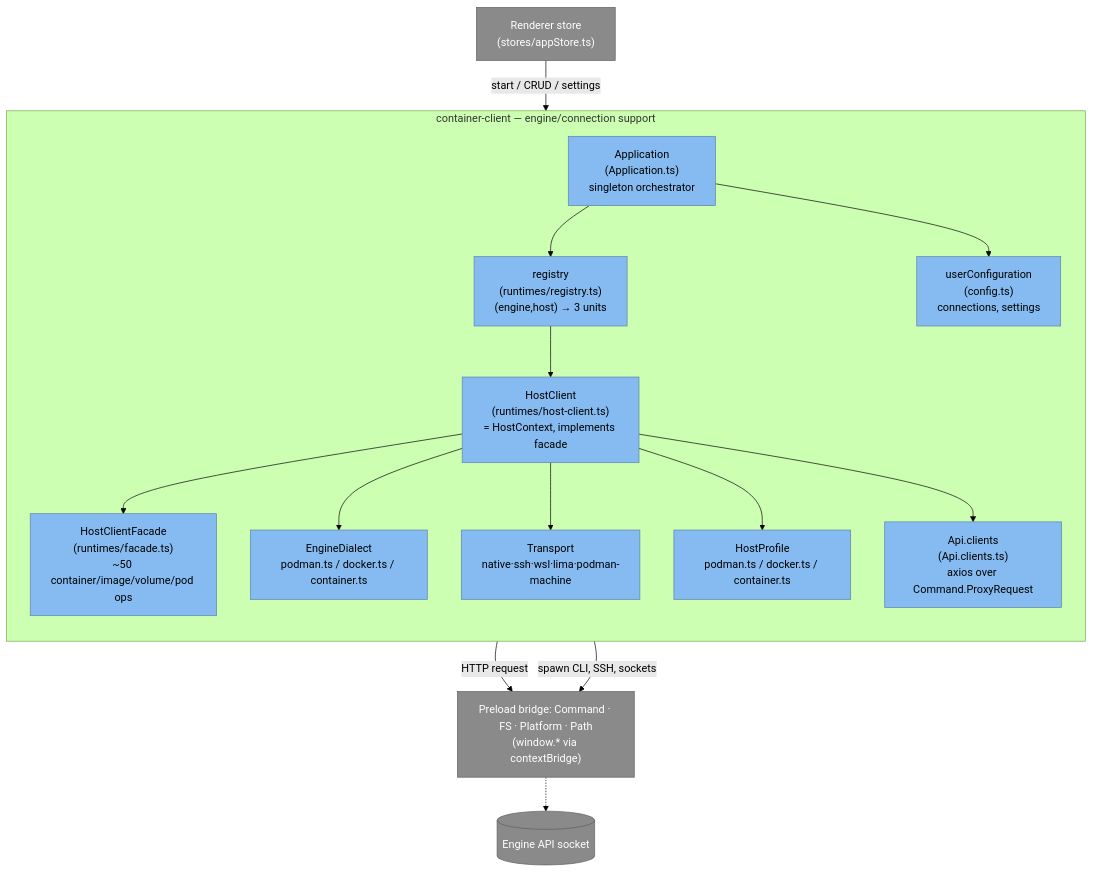
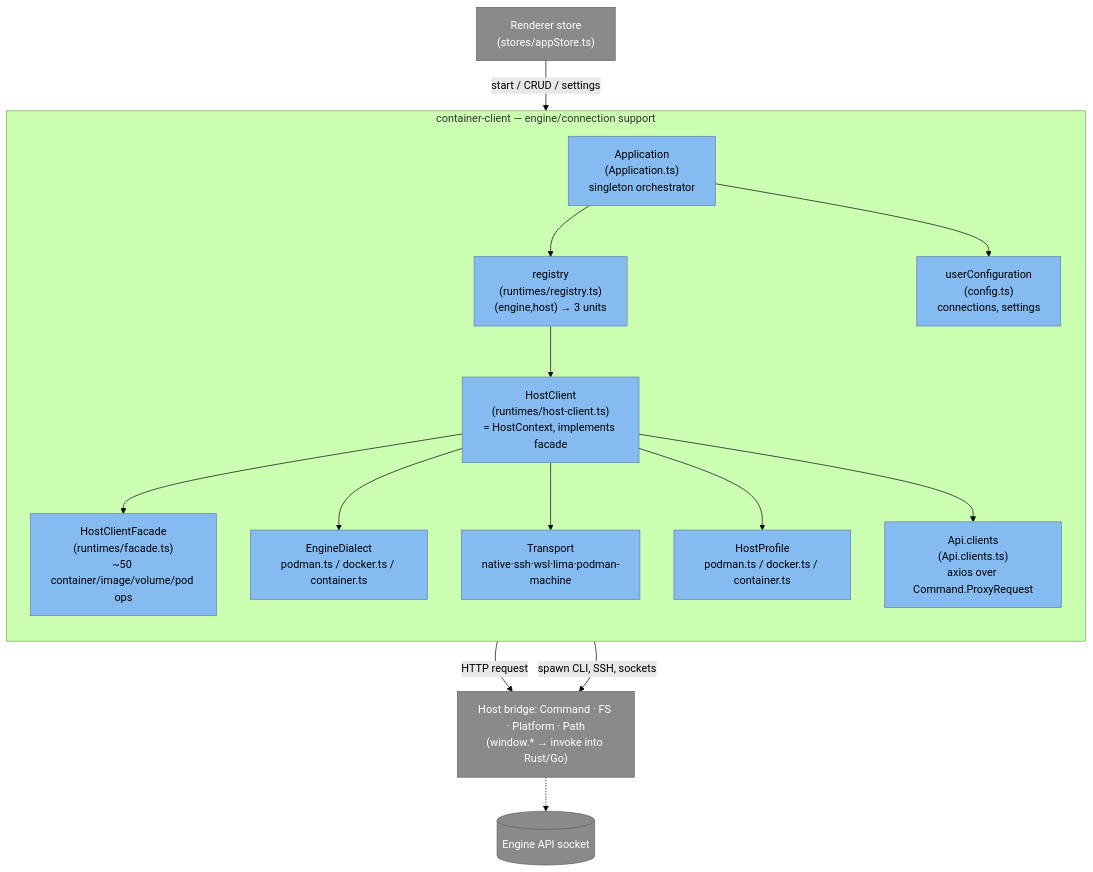
The diagram in docs/architecture/backend.md (iongion/container-desktop), drawn with Mermaid (forest theme) before and after one commit. The commit also changed other lines of this file and 1901 other files, not shown here.

````diff
--- a/docs/architecture/backend.md
+++ b/docs/architecture/backend.md
@@ -31,37 +31,37 @@
 ```mermaid
 flowchart TB
   appStore["Renderer store<br/>(stores/appStore.ts)"]:::external
 
   subgraph backend[container-client — engine/connection support]
     direction TB
     app["Application<br/>(Application.ts)<br/>singleton orchestrator"]:::component
     reg["registry<br/>(runtimes/registry.ts)<br/>(engine,host) → 3 units"]:::component
     hc["HostClient<br/>(runtimes/host-client.ts)<br/>= HostContext, implements facade"]:::component
     facade["HostClientFacade<br/>(runtimes/facade.ts)<br/>~50 container/image/volume/pod ops"]:::component
 
     dia["EngineDialect<br/>podman.ts / docker.ts / container.ts"]:::component
     tra["Transport<br/>native·ssh·wsl·lima·podman-machine"]:::component
     pro["HostProfile<br/>podman.ts / docker.ts / container.ts"]:::component
 
     api["Api.clients<br/>(Api.clients.ts)<br/>axios over Command.ProxyRequest"]:::component
     cfg["userConfiguration<br/>(config.ts)<br/>connections, settings"]:::component
   end
 
-  bridge["Preload bridge: Command · FS · Platform · Path<br/>(window.* via contextBridge)"]:::external
+  bridge["Host bridge: Command · FS · Platform · Path<br/>(window.* → invoke into Rust/Go)"]:::external
   engine[(Engine API socket)]:::external
 
   appStore -->|start / CRUD / settings| app
   app --> reg --> hc
   hc --> facade
   hc --> dia
   hc --> tra
   hc --> pro
   hc --> api
   app --> cfg
   api -->|HTTP request| bridge
   tra -->|spawn CLI, SSH, sockets| bridge
   bridge -.-> engine
 
   classDef component fill:#85bbf0,color:#000,stroke:#5d82a8;
   classDef external fill:#8a8a8a,color:#fff,stroke:#5e5e5e;
 ```
````
